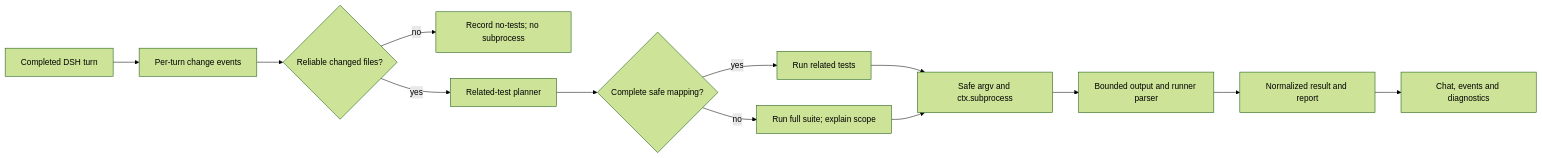
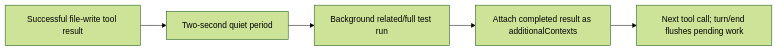
The diagram in README.md (GooDAnDReaDY/dsh-test-pilot), drawn with Mermaid (forest theme) before and after one commit. The commit also changed other lines of this file and 13 other files, not shown here.

```diff
--- a/README.md
+++ b/README.md
@@ -53,15 +54,7 @@
 ~~~mermaid
 graph LR
-  A[Completed DSH turn] --> B[Per-turn change events]
-  B --> C{Reliable changed files?}
-  C -- no --> D[Record no-tests; no subprocess]
-  C -- yes --> E[Related-test planner]
-  E --> F{Complete safe mapping?}
-  F -- yes --> G[Run related tests]
-  F -- no --> H[Run full suite; explain scope]
-  G --> I[Safe argv and ctx.subprocess]
-  H --> I
-  I --> J[Bounded output and runner parser]
-  J --> K[Normalized result and report]
-  K --> L[Chat, events and diagnostics]
+  A[Successful file-write tool result] --> B[Two-second quiet period]
+  B --> C[Background related/full test run]
+  C --> D[Attach completed result as additionalContexts]
+  D --> E[Next tool call; turn/end flushes pending work]
 ~~~
```
